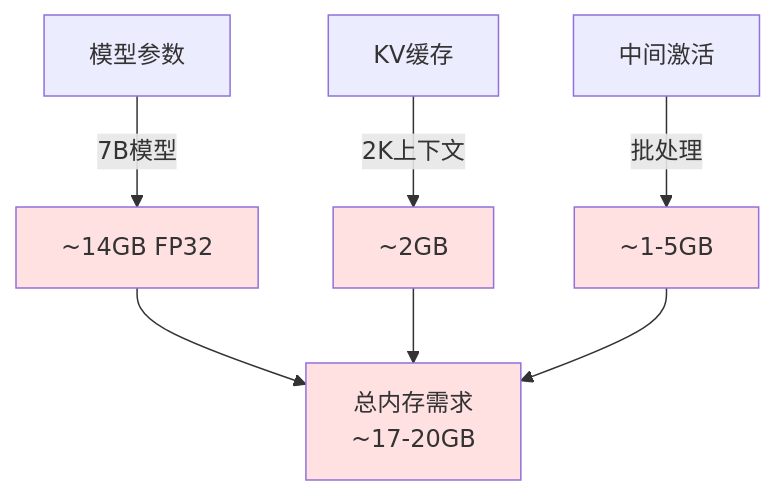
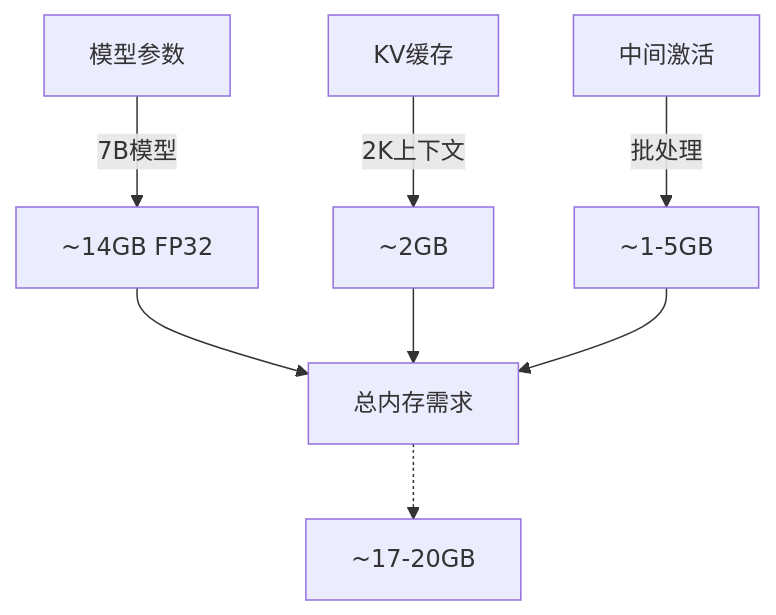
Before and after one commit to xdongp/xllm: the second of 26 diagrams in lesson/7.前向传播优化技术.md, drawn with Mermaid. The commit also changed other lines of this file and 39 other files, not shown here.

````diff
--- a/lesson/7.前向传播优化技术.md
+++ b/lesson/7.前向传播优化技术.md
@@ -82,15 +67,12 @@
 ```mermaid
 graph TB
     A[模型参数] -->|7B模型| B[~14GB FP32]
     C[KV缓存] -->|2K上下文| D[~2GB]
     E[中间激活] -->|批处理| F[~1-5GB]
     
-    B --> G[总内存需求<br/>~17-20GB]
+    B --> G[总内存需求]
     D --> G
     F --> G
     
-    style B fill:#ffe1e1
-    style D fill:#ffe1e1
-    style F fill:#ffe1e1
-    style G fill:#ffe1e1
+    G -.-> Ga[~17-20GB]
 ```
````
